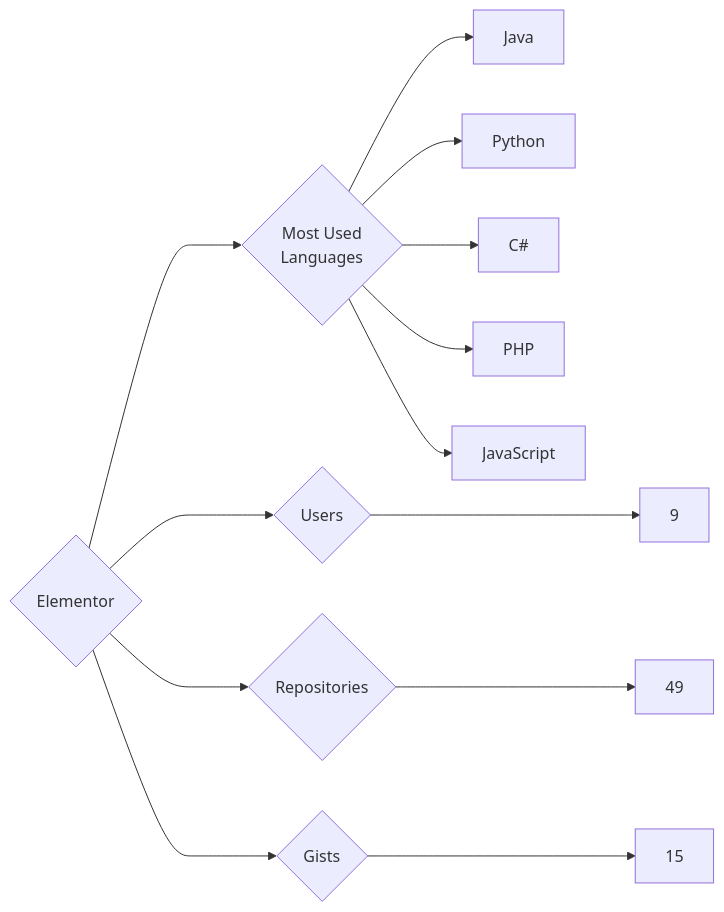
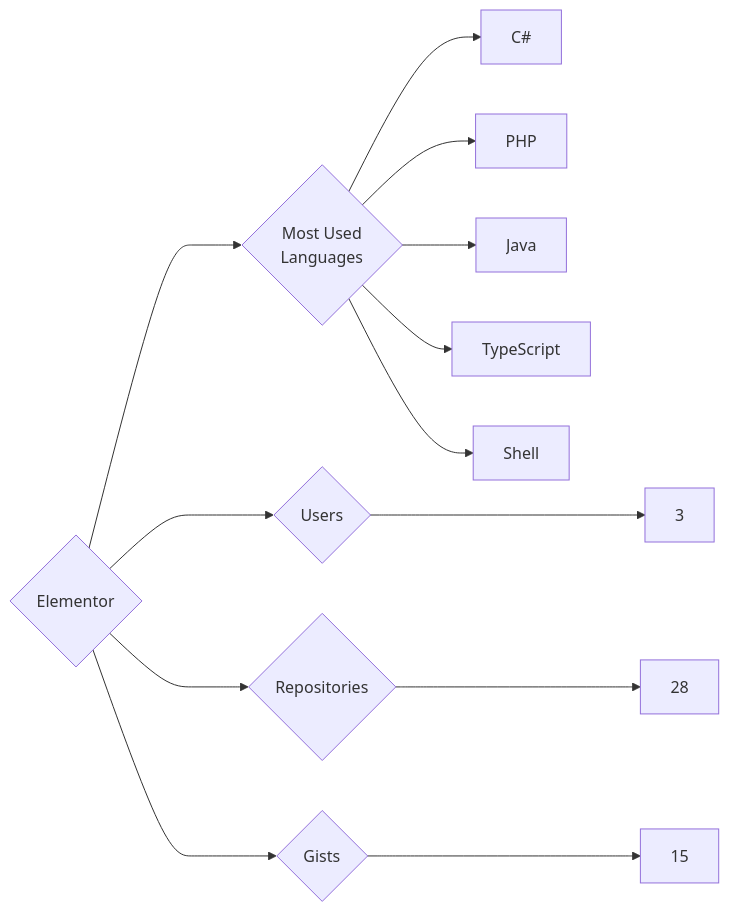
Before and after one commit to trickest/insiders: the diagram in targets/Elementor/README.md, drawn with Mermaid. The commit also changed 953 other files, not shown here.

````diff
--- a/targets/Elementor/README.md
+++ b/targets/Elementor/README.md
@@ -3,13 +3,13 @@
 ```mermaid
 graph LR
 COMPANY_NAME{Elementor}
-COMPANY_NAME ---> U{Users} ---> UN[9]
-COMPANY_NAME ---> R{Repositories} ---> RN[49]
+COMPANY_NAME ---> U{Users} ---> UN[3]
+COMPANY_NAME ---> R{Repositories} ---> RN[28]
 COMPANY_NAME ---> G{Gists} ---> GN[15]
 COMPANY_NAME ---> ML{Most Used<br>Languages}
-ML --> Java[Java]
-ML --> Python[Python]
 ML --> C#[C#]
 ML --> PHP[PHP]
-ML --> JavaScript[JavaScript]
+ML --> Java[Java]
+ML --> TypeScript[TypeScript]
+ML --> Shell[Shell]
 ```
````
